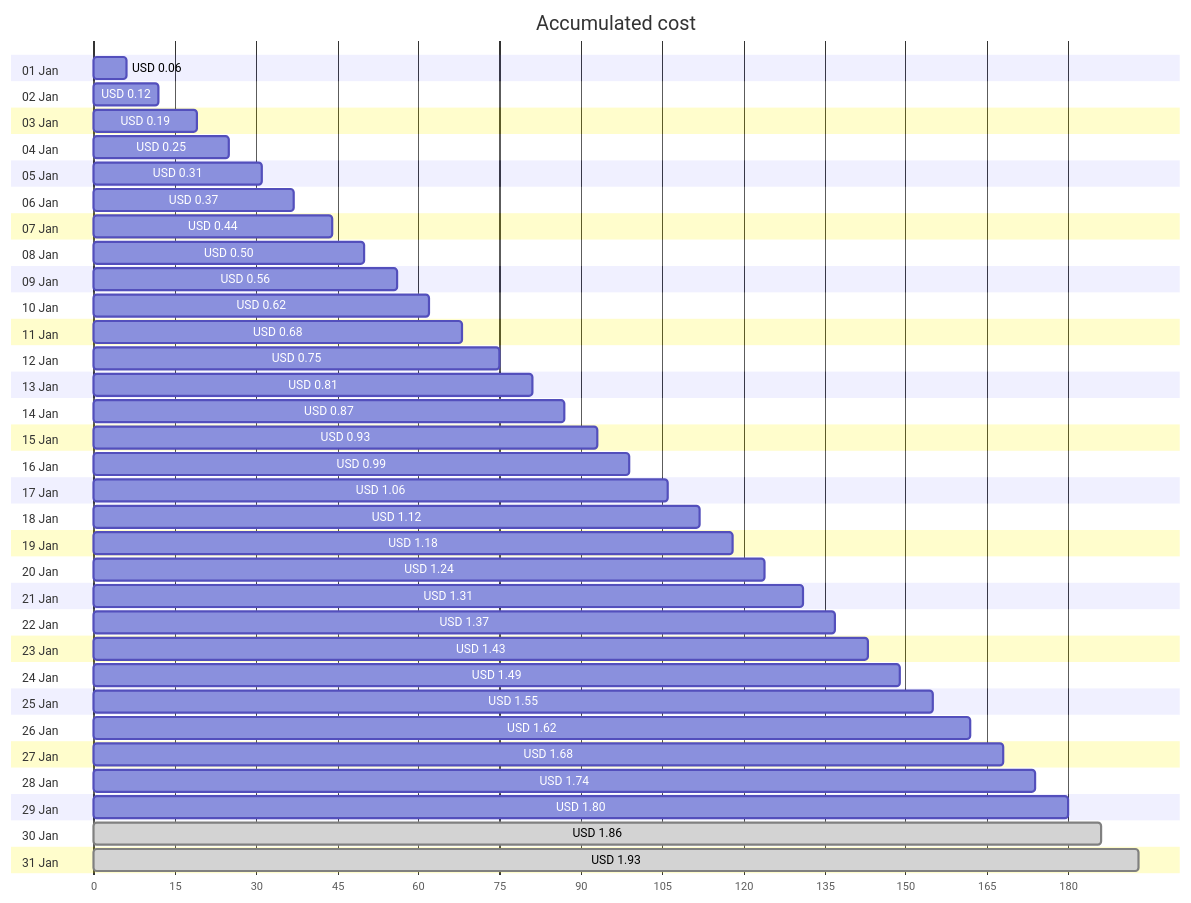
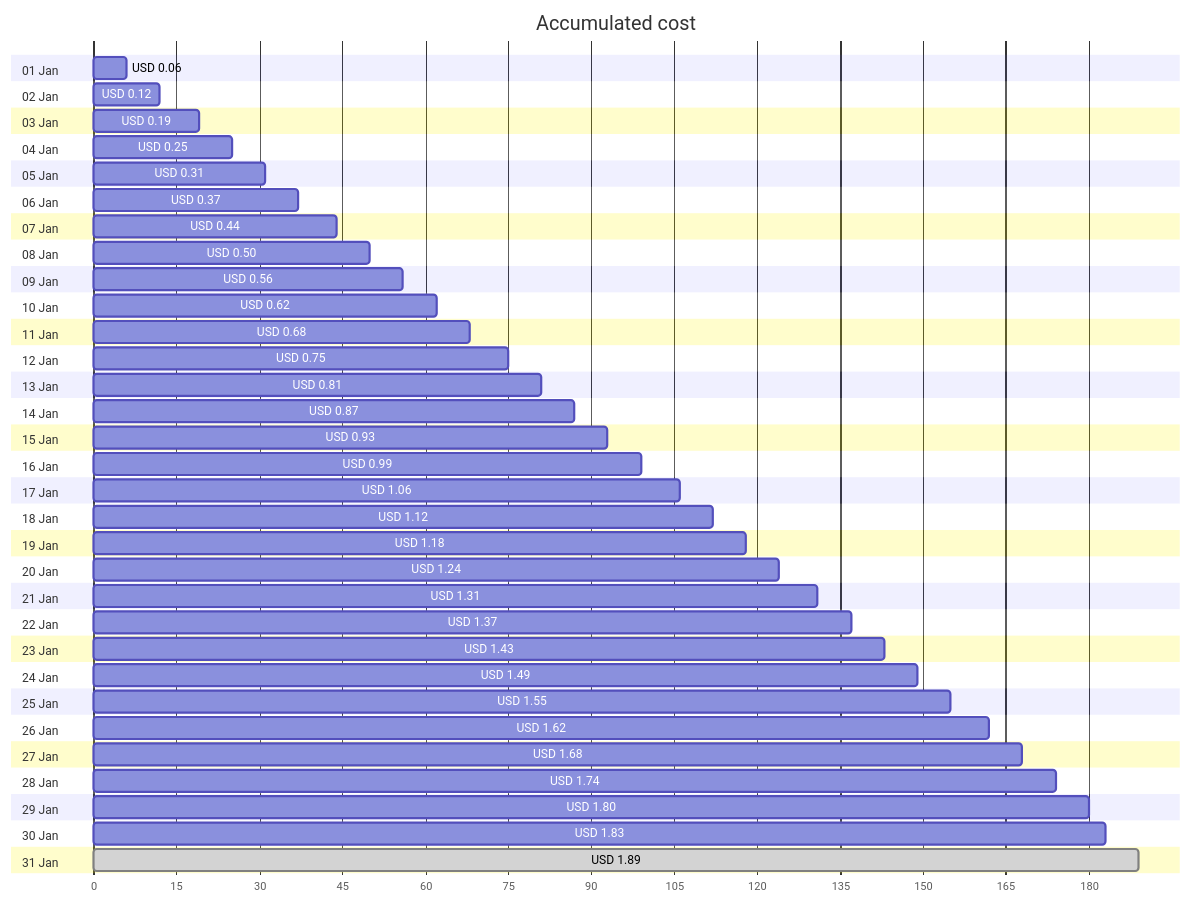
One commit to jpfulton/azure-personal-reports changed the first of 4 diagrams in cost-reports/personal-network/vpn-server_OsDisk.md. Above: the diagram before and after it, drawn with Mermaid. The commit also changed other lines of this file and 8 other files, not shown here.

````diff
--- a/cost-reports/personal-network/vpn-server_OsDisk.md
+++ b/cost-reports/personal-network/vpn-server_OsDisk.md
@@ -20,68 +20,68 @@
 ```mermaid
 gantt
    title Accumulated cost
    dateFormat  X
    axisFormat %s
    section 01 Jan
    USD 0.06 :0, 6
    section 02 Jan
    USD 0.12 :0, 12
    section 03 Jan
    USD 0.19 :0, 19
    section 04 Jan
    USD 0.25 :0, 25
    section 05 Jan
    USD 0.31 :0, 31
    section 06 Jan
    USD 0.37 :0, 37
    section 07 Jan
    USD 0.44 :0, 44
    section 08 Jan
    USD 0.50 :0, 50
    section 09 Jan
    USD 0.56 :0, 56
    section 10 Jan
    USD 0.62 :0, 62
    section 11 Jan
    USD 0.68 :0, 68
    section 12 Jan
    USD 0.75 :0, 75
    section 13 Jan
    USD 0.81 :0, 81
    section 14 Jan
    USD 0.87 :0, 87
    section 15 Jan
    USD 0.93 :0, 93
    section 16 Jan
    USD 0.99 :0, 99
    section 17 Jan
    USD 1.06 :0, 106
    section 18 Jan
    USD 1.12 :0, 112
    section 19 Jan
    USD 1.18 :0, 118
    section 20 Jan
    USD 1.24 :0, 124
    section 21 Jan
    USD 1.31 :0, 131
    section 22 Jan
    USD 1.37 :0, 137
    section 23 Jan
    USD 1.43 :0, 143
    section 24 Jan
    USD 1.49 :0, 149
    section 25 Jan
    USD 1.55 :0, 155
    section 26 Jan
    USD 1.62 :0, 162
    section 27 Jan
    USD 1.68 :0, 168
    section 28 Jan
    USD 1.74 :0, 174
    section 29 Jan
    USD 1.80 :0, 180
    section 30 Jan
-   USD 1.86 : done, 0, 186
+   USD 1.83 :0, 183
    section 31 Jan
-   USD 1.93 : done, 0, 193
+   USD 1.89 : done, 0, 189
 ```
````
